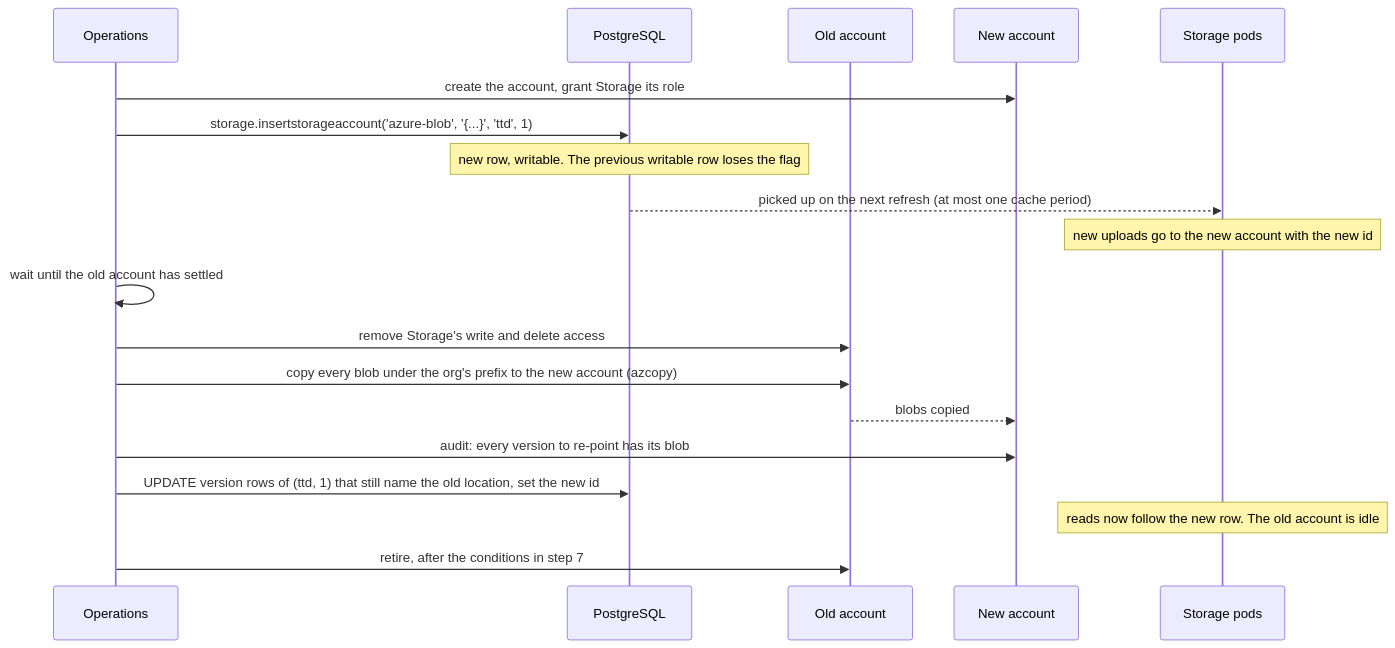
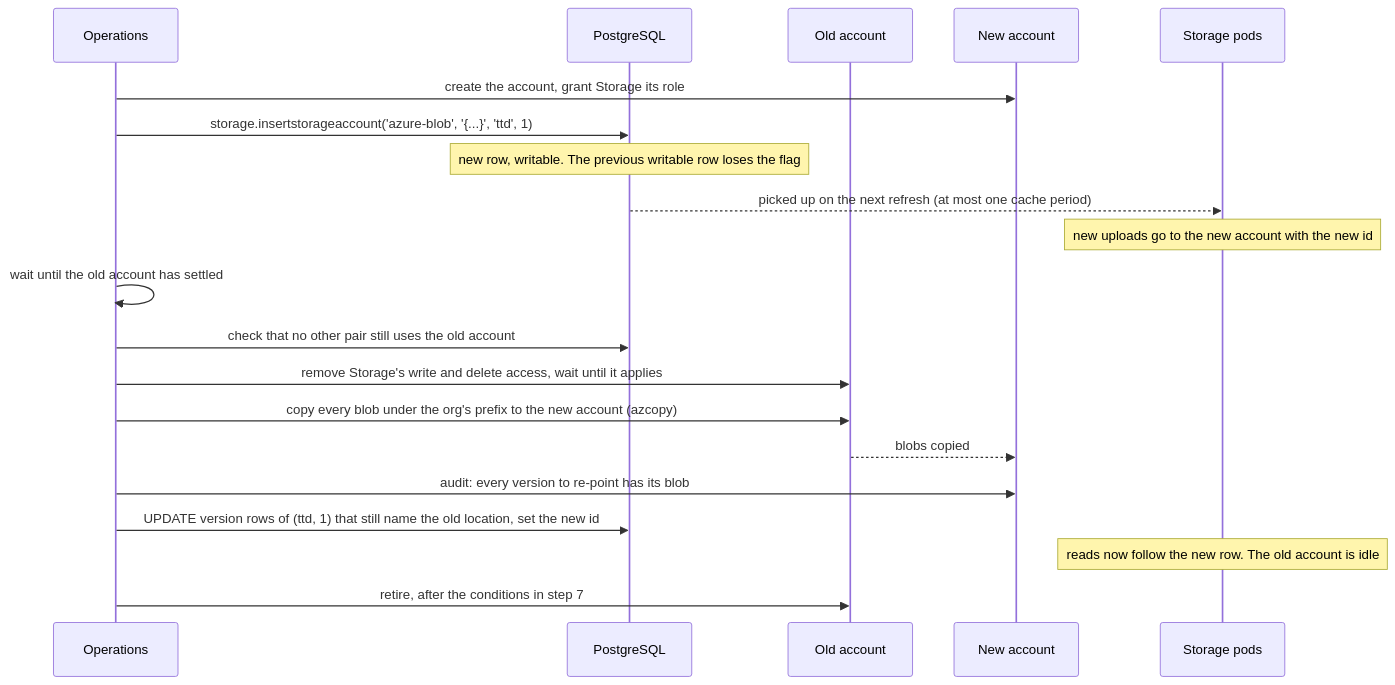
Before and after one commit to Altinn/altinn-storage: the fifth of 5 diagrams in docs/storage-accounts.md, drawn with Mermaid. The commit also changed other lines of this file, not shown here.

Commit message:
docs: check other pairs on the old account, and wait for the role removal to apply, before the final copy

````diff
--- a/docs/storage-accounts.md
+++ b/docs/storage-accounts.md
@@ -236,22 +236,23 @@
 ```mermaid
 sequenceDiagram
     participant Ops as Operations
     participant DB as PostgreSQL
     participant Old as Old account
     participant New as New account
     participant Pods as Storage pods
 
     Ops->>New: create the account, grant Storage its role
     Ops->>DB: storage.insertstorageaccount('azure-blob', '{...}', 'ttd', 1)
     Note over DB: new row, writable. The previous writable row loses the flag
     DB-->>Pods: picked up on the next refresh (at most one cache period)
     Note over Pods: new uploads go to the new account with the new id
     Ops->>Ops: wait until the old account has settled
-    Ops->>Old: remove Storage's write and delete access
+    Ops->>DB: check that no other pair still uses the old account
+    Ops->>Old: remove Storage's write and delete access, wait until it applies
     Ops->>Old: copy every blob under the org's prefix to the new account (azcopy)
     Old-->>New: blobs copied
     Ops->>New: audit: every version to re-point has its blob
     Ops->>DB: UPDATE version rows of (ttd, 1) that still name the old location, set the new id
     Note over Pods: reads now follow the new row. The old account is idle
     Ops->>Old: retire, after the conditions in step 7
 ```
````
